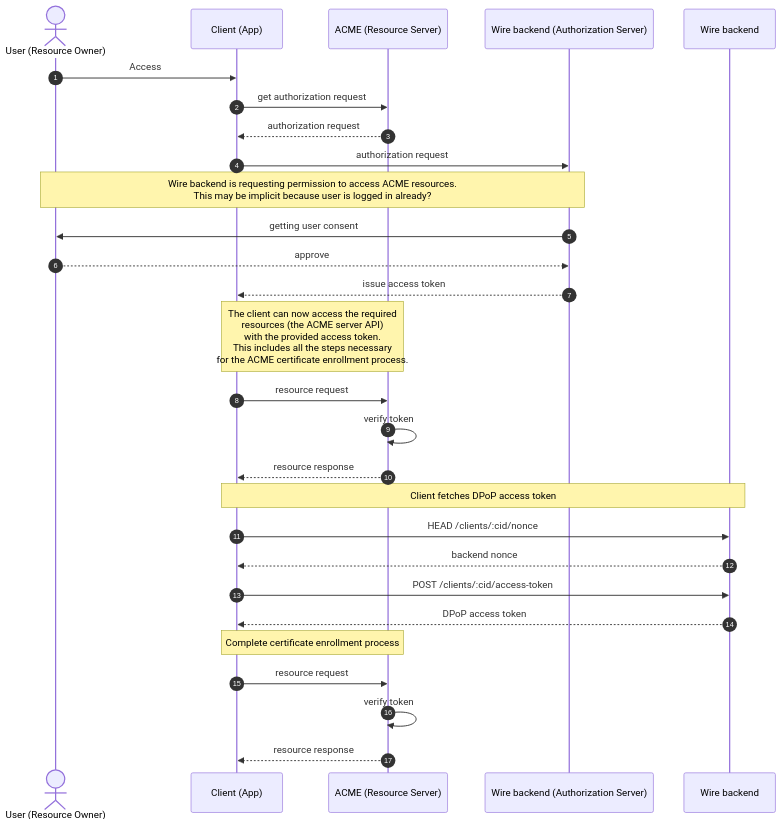
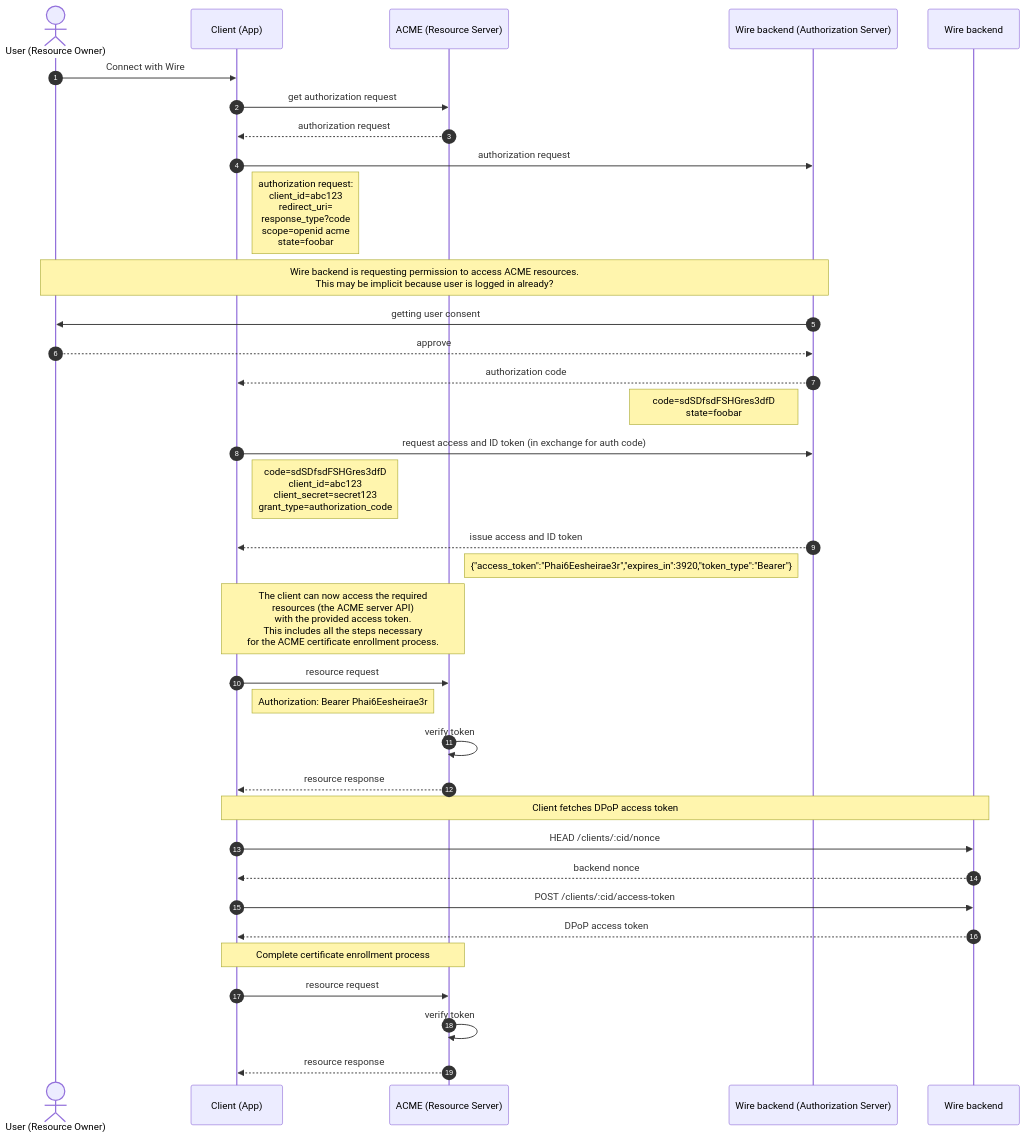
One commit to wireapp/wire-server changed the diagram in libs/oauth-provider/README.md. Above: the diagram before and after it, drawn with Mermaid. The commit also changed other lines of this file, not shown here.

Commit message:
added oidc and code authorization

````diff
--- a/libs/oauth-provider/README.md
+++ b/libs/oauth-provider/README.md
@@ -31,26 +35,33 @@
 ```mermaid
 sequenceDiagram
     autonumber
     actor User (Resource Owner)
-    User (Resource Owner)->>Client (App): Access
+    User (Resource Owner)->>Client (App): Connect with Wire
     Client (App)->>ACME (Resource Server): get authorization request
     ACME (Resource Server)-->>Client (App): authorization request
     Client (App)->>Wire backend (Authorization Server): authorization request
+    note right of Client (App): authorization request:<br/>client_id=abc123<br/>redirect_uri=<br/>response_type?code<br/>scope=openid acme<br/>state=foobar
     note over User (Resource Owner),Wire backend (Authorization Server): Wire backend is requesting permission to access ACME resources.<br/>This may be implicit because user is logged in already?
     Wire backend (Authorization Server)->>User (Resource Owner): getting user consent
     User (Resource Owner)-->>Wire backend (Authorization Server): approve
-    Wire backend (Authorization Server)-->>Client (App): issue access token
+    Wire backend (Authorization Server)-->>Client (App): authorization code
+    note left of Wire backend (Authorization Server): code=sdSDfsdFSHGres3dfD<br/>state=foobar
+    Client (App)->>Wire backend (Authorization Server): request access and ID token (in exchange for auth code)
+    note right of Client (App): code=sdSDfsdFSHGres3dfD<br/>client_id=abc123<br/>client_secret=secret123<br/>grant_type=authorization_code
+    Wire backend (Authorization Server)-->>Client (App): issue access and ID token
+    note left of Wire backend (Authorization Server): {"access_token":"Phai6Eesheirae3r","expires_in":3920,"token_type":"Bearer"}
     note over Client (App),ACME (Resource Server): The client can now access the required<br/>resources (the ACME server API)<br/>with the provided access token.<br/>This includes all the steps necessary<br/>for the ACME certificate enrollment process.
     Client (App)->>ACME (Resource Server): resource request
+    note right of Client (App): Authorization: Bearer Phai6Eesheirae3r
     ACME (Resource Server)->>ACME (Resource Server): verify token
     ACME (Resource Server)-->>Client (App): resource response
     note over Client (App),Wire backend: Client fetches DPoP access token
     Client (App)->>Wire backend: HEAD /clients/:cid/nonce
     Wire backend-->>Client (App): backend nonce
     Client (App)->>Wire backend: POST /clients/:cid/access-token
     Wire backend-->>Client (App): DPoP access token
     note over Client (App),ACME (Resource Server): Complete certificate enrollment process
     Client (App)->>ACME (Resource Server): resource request
     ACME (Resource Server)->>ACME (Resource Server): verify token
     ACME (Resource Server)-->>Client (App): resource response    
 ``` 
````
